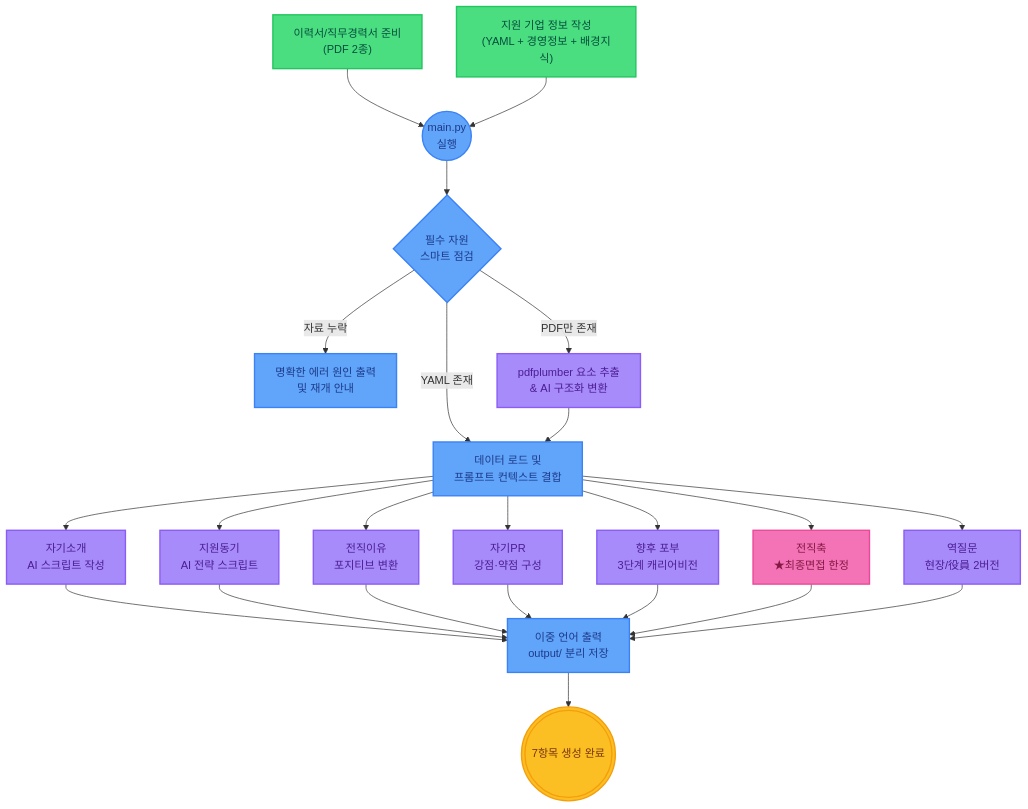
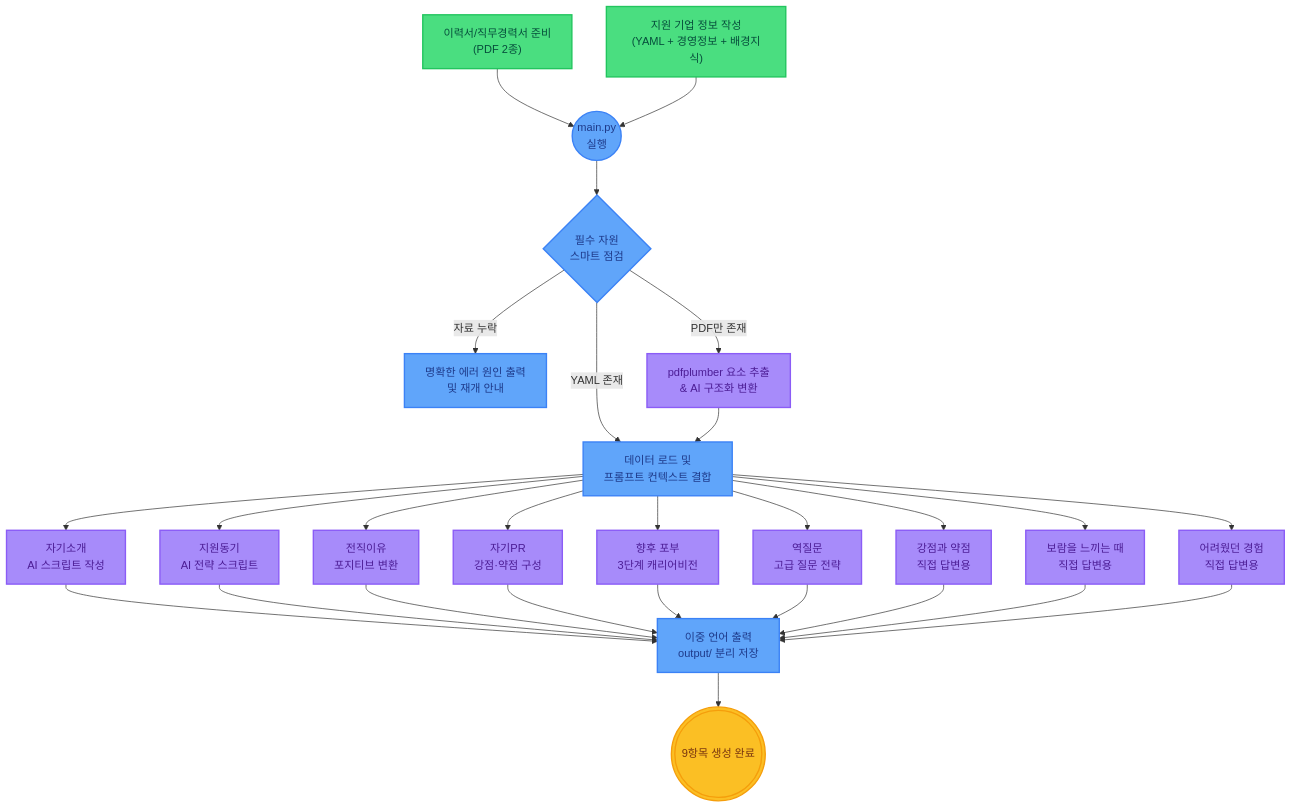
The diagram in README.md (Ugee0810/AI-Agents.Naite), drawn with Mermaid before and after one commit. The commit also changed other lines of this file and 2 other files, not shown here.

Commit message:
feat: add 3 new direct answer prompts and templates

````diff
--- a/README.md
+++ b/README.md
@@ -27,41 +27,45 @@
 ```mermaid
 graph TD
     classDef user fill:#4ade80,stroke:#22c55e,stroke-width:2px,color:#064e3b;
     classDef system fill:#60a5fa,stroke:#3b82f6,stroke-width:2px,color:#1e3a8a;
     classDef ai fill:#a78bfa,stroke:#8b5cf6,stroke-width:2px,color:#4c1d95;
     classDef result fill:#fbbf24,stroke:#f59e0b,stroke-width:2px,color:#78350f;
     classDef final fill:#f472b6,stroke:#ec4899,stroke-width:2px,color:#831843;
 
     %% 준비
     A1["이력서/직무경력서 준비<br>(PDF 2종)"]:::user
     A2["지원 기업 정보 작성<br>(YAML + 경영정보 + 배경지식)"]:::user
     
     A1 --> B(("main.py<br>실행")):::system
     A2 --> B
     
     %% 파이프라인 로직
     B --> C{"필수 자원<br>스마트 점검"}:::system
     C -- "자료 누락" --> Err["명확한 에러 원인 출력<br>및 재개 안내"]:::system
     
     C -- "PDF만 존재" --> D["pdfplumber 요소 추출<br>& AI 구조화 변환"]:::ai
     C -- "YAML 존재" --> E["데이터 로드 및<br>프롬프트 컨텍스트 결합"]:::system
     D --> E
     
-    %% AI 분석 및 결과 (7항목)
+    %% AI 분석 및 결과 (9항목)
     E --> F1["자기소개<br>AI 스크립트 작성"]:::ai
     E --> F2["지원동기<br>AI 전략 스크립트"]:::ai
     E --> F3["전직이유<br>포지티브 변환"]:::ai
     E --> F4["자기PR<br>강점·약점 구성"]:::ai
     E --> F5["향후 포부<br>3단계 캐리어비전"]:::ai
-    E --> F6["전직축<br>★최종면접 한정"]:::final
-    E --> F7["역질문<br>현장/役員 2버전"]:::ai
+    E --> F6["역질문<br>고급 질문 전략"]:::ai
+    E --> F7["강점과 약점<br>직접 답변용"]:::ai
+    E --> F8["보람을 느끼는 때<br>직접 답변용"]:::ai
+    E --> F9["어려웠던 경험<br>직접 답변용"]:::ai
     
     F1 --> G["이중 언어 출력<br>output/ 분리 저장"]:::system
     F2 --> G
     F3 --> G
     F4 --> G
     F5 --> G
     F6 --> G
     F7 --> G
-    G --> H((("7항목 생성 완료"))):::result
+    F8 --> G
+    F9 --> G
+    G --> H((("9항목 생성 완료"))):::result
 ```
````
